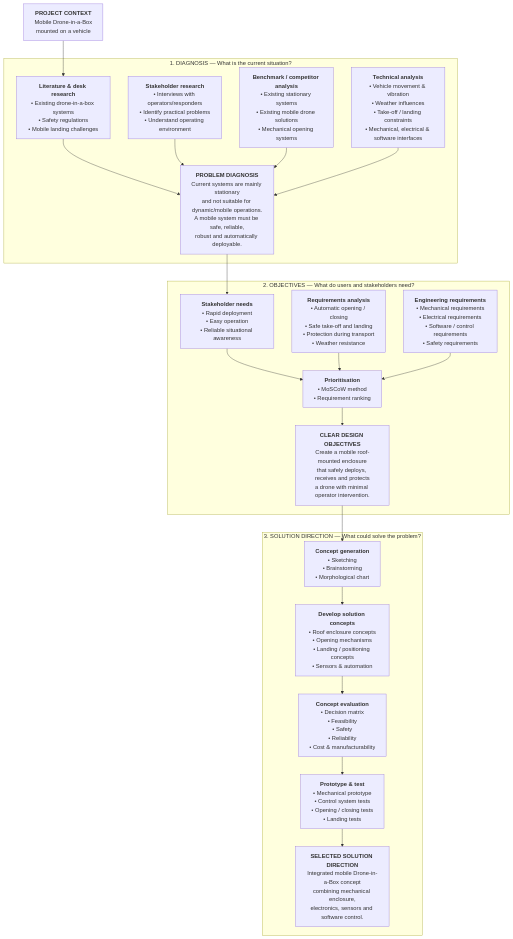
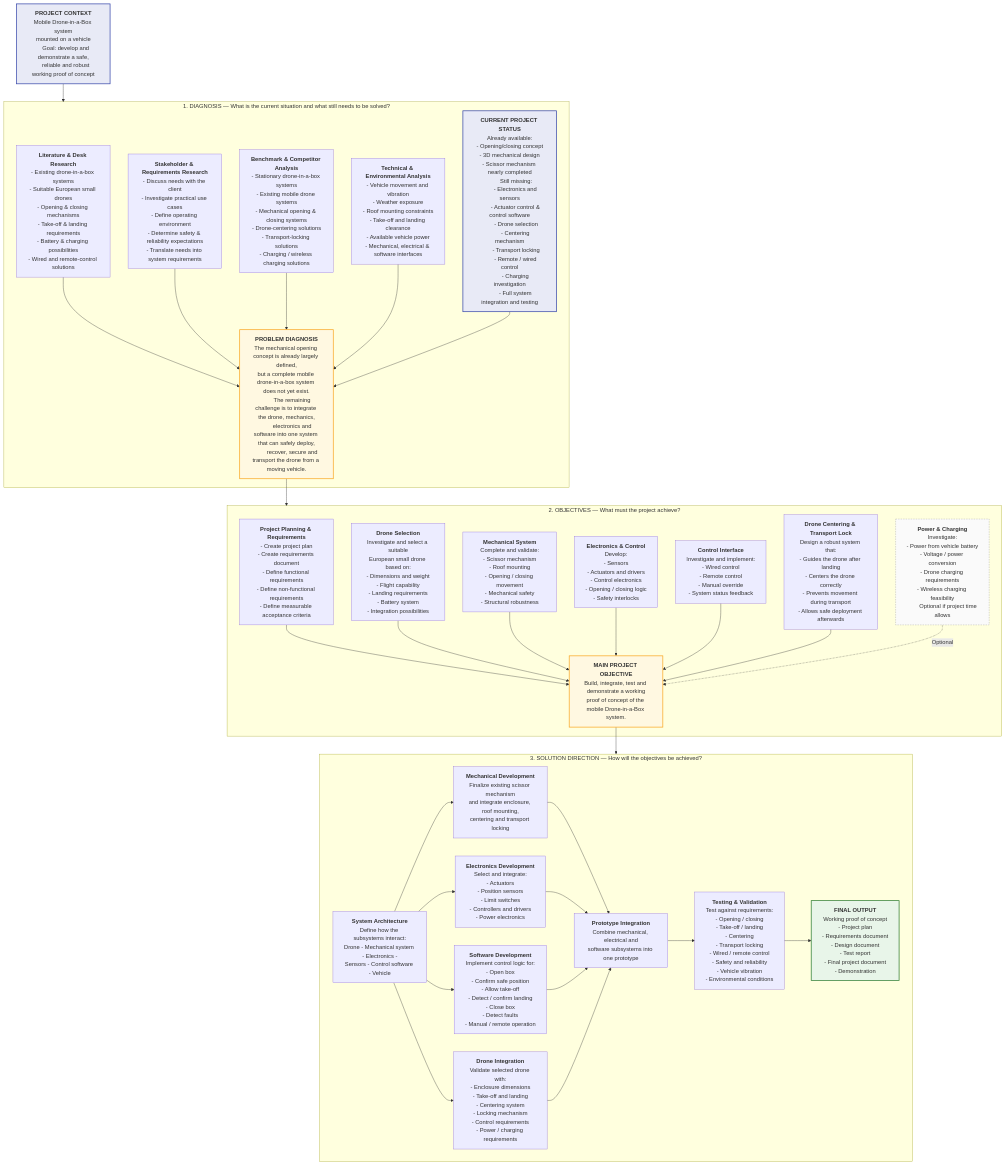
The diagram in Visual_representation.md (dungphan294/drone-in-a-box), drawn with Mermaid before and after one commit. The commit also changed other lines of this file and 5 other files, not shown here.

First line of the commit message:
Add project visuals and architecture diagram

````diff
--- a/Visual_representation.md
+++ b/Visual_representation.md
@@ -2,113 +4,250 @@
 flowchart TD
 
     A["`**PROJECT CONTEXT**
-    Mobile Drone-in-a-Box
-    mounted on a vehicle`"]
+    Mobile Drone-in-a-Box system
+    mounted on a vehicle
 
-    subgraph P1["1. DIAGNOSIS — What is the current situation?"]
-        B1["`**Literature & desk research**
-        • Existing drone-in-a-box systems
-        • Safety regulations
-        • Mobile landing challenges`"]
+    Goal: develop and demonstrate a safe,
+    reliable and robust working proof of concept`"]
 
-        B2["`**Stakeholder research**
-        • Interviews with operators/responders
-        • Identify practical problems
-        • Understand operating environment`"]
+    %% =====================================================
+    %% PHASE 1 - DIAGNOSIS
+    %% =====================================================
+    subgraph P1["1. DIAGNOSIS — What is the current situation and what still needs to be solved?"]
 
-        B3["`**Benchmark / competitor analysis**
-        • Existing stationary systems
-        • Existing mobile drone solutions
-        • Mechanical opening systems`"]
+        B1["`**Literature & Desk Research**
+        - Existing drone-in-a-box systems
+        - Suitable European small drones
+        - Opening & closing mechanisms
+        - Take-off & landing requirements
+        - Battery & charging possibilities
+        - Wired and remote-control solutions`"]
 
-        B4["`**Technical analysis**
-        • Vehicle movement & vibration
-        • Weather influences
-        • Take-off / landing constraints
-        • Mechanical, electrical & software interfaces`"]
+        B2["`**Stakeholder & Requirements Research**
+        - Discuss needs with the client
+        - Investigate practical use cases
+        - Define operating environment
+        - Determine safety & reliability expectations
+        - Translate needs into system requirements`"]
 
-        B5["`**PROBLEM DIAGNOSIS**
-        Current systems are mainly stationary
-        and not suitable for dynamic/mobile operations.
-        A mobile system must be safe, reliable,
-        robust and automatically deployable.`"]
+        B3["`**Benchmark & Competitor Analysis**
+        - Stationary drone-in-a-box systems
+        - Existing mobile drone systems
+        - Mechanical opening & closing systems
+        - Drone-centering solutions
+        - Transport-locking solutions
+        - Charging / wireless charging solutions`"]
 
-        B1 --> B5
-        B2 --> B5
-        B3 --> B5
-        B4 --> B5
+        B4["`**Technical & Environmental Analysis**
+        - Vehicle movement and vibration
+        - Weather exposure
+        - Roof mounting constraints
+        - Take-off and landing clearance
+        - Available vehicle power
+        - Mechanical, electrical & software interfaces`"]
+
+        B5["`**CURRENT PROJECT STATUS**
+        Already available:
+        - Opening/closing concept
+        - 3D mechanical design
+        - Scissor mechanism nearly completed
+
+        Still missing:
+        - Electronics and sensors
+        - Actuator control & control software
+        - Drone selection
+        - Centering mechanism
+        - Transport locking
+        - Remote / wired control
+        - Charging investigation
+        - Full system integration and testing`"]
+
+        B6["`**PROBLEM DIAGNOSIS**
+        The mechanical opening concept is already largely defined,
+        but a complete mobile drone-in-a-box system does not yet exist.
+
+        The remaining challenge is to integrate the drone, mechanics,
+        electronics and software into one system that can safely deploy,
+        recover, secure and transport the drone from a moving vehicle.`"]
+
+        B1 --> B6
+        B2 --> B6
+        B3 --> B6
+        B4 --> B6
+        B5 --> B6
     end
 
-    subgraph P2["2. OBJECTIVES — What do users and stakeholders need?"]
-        C1["`**Stakeholder needs**
-        • Rapid deployment
-        • Easy operation
-        • Reliable situational awareness`"]
+    %% =====================================================
+    %% PHASE 2 - OBJECTIVES
+    %% =====================================================
+    subgraph P2["2. OBJECTIVES — What must the project achieve?"]
 
-        C2["`**Requirements analysis**
-        • Automatic opening / closing
-        • Safe take-off and landing
-        • Protection during transport
-        • Weather resistance`"]
+        C1["`**Project Planning & Requirements**
+        - Create project plan
+        - Create requirements document
+        - Define functional requirements
+        - Define non-functional requirements
+        - Define measurable acceptance criteria`"]
 
-        C3["`**Engineering requirements**
-        • Mechanical requirements
-        • Electrical requirements
-        • Software / control requirements
-        • Safety requirements`"]
+        C2["`**Drone Selection**
+        Investigate and select a suitable
+        European small drone based on:
+        - Dimensions and weight
+        - Flight capability
+        - Landing requirements
+        - Battery system
+        - Integration possibilities`"]
 
-        C4["`**Prioritisation**
-        • MoSCoW method
-        • Requirement ranking`"]
+        C3["`**Mechanical System**
+        Complete and validate:
+        - Scissor mechanism
+        - Roof mounting
+        - Opening / closing movement
+        - Mechanical safety
+        - Structural robustness`"]
 
-        C5["`**CLEAR DESIGN OBJECTIVES**
-        Create a mobile roof-mounted enclosure
-        that safely deploys, receives and protects
-        a drone with minimal operator intervention.`"]
+        C4["`**Electronics & Control**
+        Develop:
+        - Sensors
+        - Actuators and drivers
+        - Control electronics
+        - Opening / closing logic
+        - Safety interlocks`"]
 
-        C1 --> C4
-        C2 --> C4
-        C3 --> C4
-        C4 --> C5
+        C5["`**Control Interface**
+        Investigate and implement:
+        - Wired control
+        - Remote control
+        - Manual override
+        - System status feedback`"]
+
+        C6["`**Drone Centering & Transport Lock**
+        Design a robust system that:
+        - Guides the drone after landing
+        - Centers the drone correctly
+        - Prevents movement during transport
+        - Allows safe deployment afterwards`"]
+
+        C7["`**Power & Charging**
+        Investigate:
+        - Power from vehicle battery
+        - Voltage / power conversion
+        - Drone charging requirements
+        - Wireless charging feasibility
+
+        Optional if project time allows`"]
+
+        C8["`**MAIN PROJECT OBJECTIVE**
+        Build, integrate, test and demonstrate a working
+        proof of concept of the mobile Drone-in-a-Box system.`"]
+
+        C1 --> C8
+        C2 --> C8
+        C3 --> C8
+        C4 --> C8
+        C5 --> C8
+        C6 --> C8
+        C7 -. Optional .-> C8
     end
 
-    subgraph P3["3. SOLUTION DIRECTION — What could solve the problem?"]
-        D1["`**Concept generation**
-        • Sketching
-        • Brainstorming
-        • Morphological chart`"]
+    %% =====================================================
+    %% PHASE 3 - SOLUTION DIRECTION
+    %% =====================================================
+    subgraph P3["3. SOLUTION DIRECTION — How will the objectives be achieved?"]
 
-        D2["`**Develop solution concepts**
-        • Roof enclosure concepts
-        • Opening mechanisms
-        • Landing / positioning concepts
-        • Sensors & automation`"]
+        D1["`**System Architecture**
+        Define how the subsystems interact:
+        Drone - Mechanical system - Electronics -
+        Sensors - Control software - Vehicle`"]
 
-        D3["`**Concept evaluation**
-        • Decision matrix
-        • Feasibility
-        • Safety
-        • Reliability
-        • Cost & manufacturability`"]
+        D2["`**Mechanical Development**
+        Finalize existing scissor mechanism
+        and integrate enclosure, roof mounting,
+        centering and transport locking`"]
 
-        D4["`**Prototype & test**
-        • Mechanical prototype
-        • Control system tests
-        • Opening / closing tests
-        • Landing tests`"]
+        D3["`**Electronics Development**
+        Select and integrate:
+        - Actuators
+        - Position sensors
+        - Limit switches
+        - Controllers and drivers
+        - Power electronics`"]
 
-        D5["`**SELECTED SOLUTION DIRECTION**
-        Integrated mobile Drone-in-a-Box concept
-        combining mechanical enclosure,
-        electronics, sensors and software control.`"]
+        D4["`**Software Development**
+        Implement control logic for:
+        - Open box
+        - Confirm safe position
+        - Allow take-off
+        - Detect / confirm landing
+        - Close box
+        - Detect faults
+        - Manual / remote operation`"]
+
+        D5["`**Drone Integration**
+        Validate selected drone with:
+        - Enclosure dimensions
+        - Take-off and landing
+        - Centering system
+        - Locking mechanism
+        - Control requirements
+        - Power / charging requirements`"]
+
+        D6["`**Prototype Integration**
+        Combine mechanical, electrical and
+        software subsystems into one prototype`"]
+
+        D7["`**Testing & Validation**
+        Test against requirements:
+        - Opening / closing
+        - Take-off / landing
+        - Centering
+        - Transport locking
+        - Wired / remote control
+        - Safety and reliability
+        - Vehicle vibration
+        - Environmental conditions`"]
+
+        D8["`**FINAL OUTPUT**
+        Working proof of concept
+        - Project plan
+        - Requirements document
+        - Design document
+        - Test report
+        - Final project document
+        - Demonstration`"]
 
         D1 --> D2
-        D2 --> D3
-        D3 --> D4
-        D4 --> D5
+        D1 --> D3
+        D1 --> D4
+        D1 --> D5
+
+        D2 --> D6
+        D3 --> D6
+        D4 --> D6
+        D5 --> D6
+
+        D6 --> D7
+        D7 --> D8
     end
 
-    A --> B1
-    B5 --> C1
-    C5 --> D1
+    %% =====================================================
+    %% MAIN PROJECT JOURNEY
+    %% =====================================================
+    A --> P1
+    B6 --> P2
+    C8 --> P3
+
+    %% =====================================================
+    %% STYLING
+    %% =====================================================
+    classDef context fill:#e8eaf6,stroke:#3949ab,stroke-width:2px
+    classDef milestone fill:#fff8e1,stroke:#f9a825,stroke-width:2px
+    classDef output fill:#e8f5e9,stroke:#2e7d32,stroke-width:2px
+    classDef optional fill:#fafafa,stroke:#9e9e9e,stroke-dasharray:4 3
+
+    class A context
+    class B6,C8 milestone
+    class B5 context
+    class D8 output
+    class C7 optional
 ```
````
